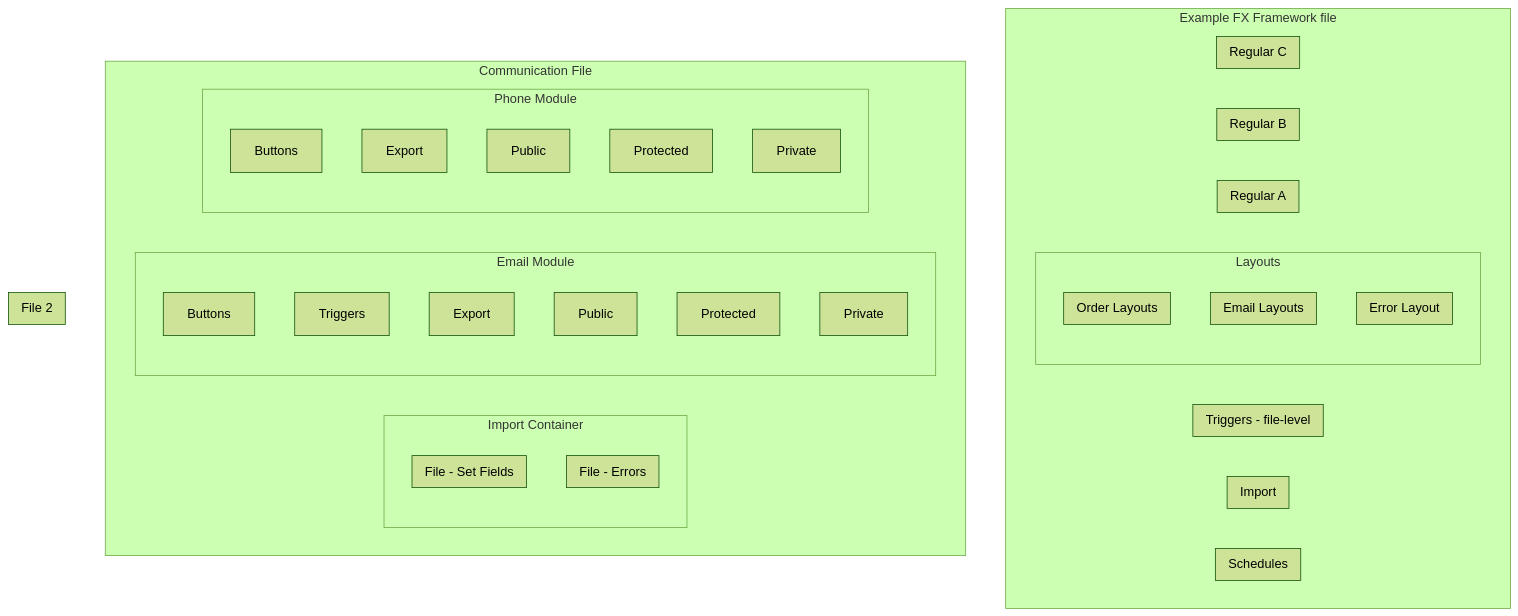
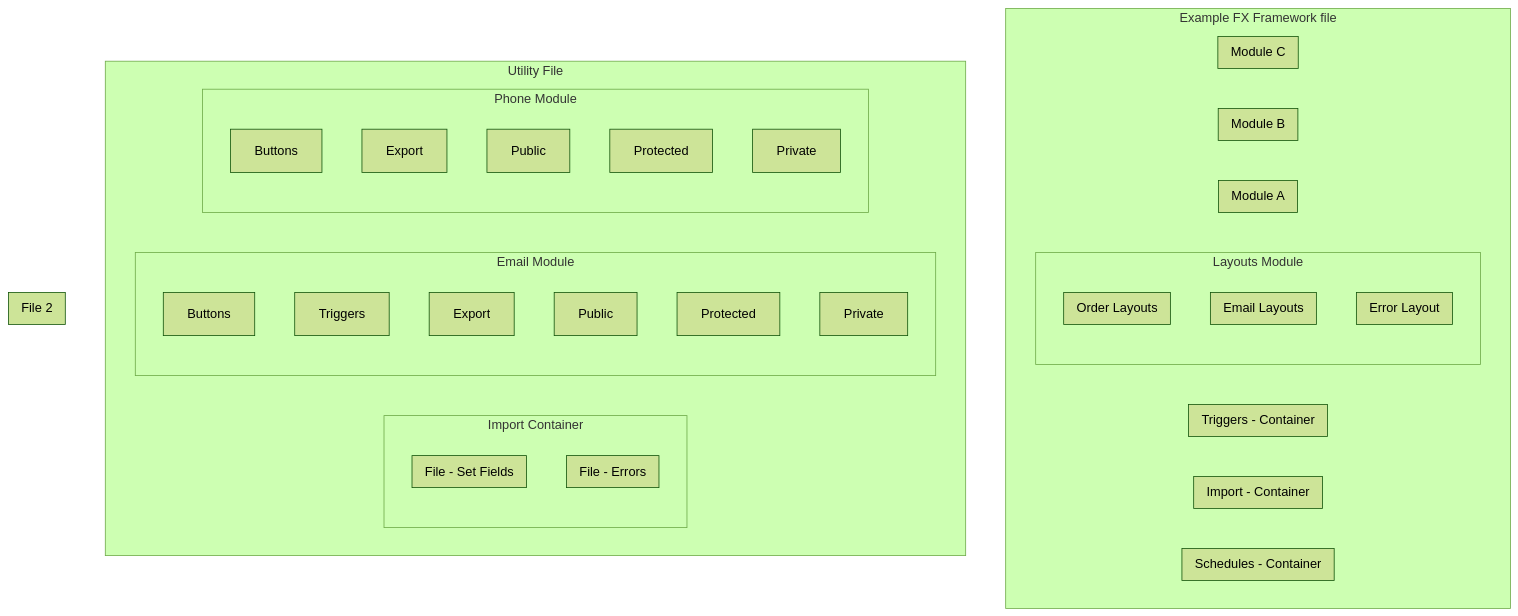
One commit to CloudChi/FX-Framework changed the diagram in FX Framework chart.md. Above: the diagram before and after it, drawn with Mermaid (forest theme).

Commit message:
Update FX Framework chart.md

````diff
--- a/FX Framework chart.md
+++ b/FX Framework chart.md
@@ -3,52 +3,52 @@
 ```mermaid
 flowchart TB
   subgraph Example FX Framework file
-  subgraph Schedules
+  subgraph Schedules - Container
   end
-  subgraph Import
+  subgraph Import - Container
   end
-  subgraph Triggers - file-level
+  subgraph Triggers - Container
   end  
-  subgraph Layouts
+  subgraph Layouts Module
   subgraph Error Layout
   end
   subgraph Email Layouts
   end
   subgraph Order Layouts
   end
   end
-  subgraph Regular A
+  subgraph Module A
   end
-  subgraph Regular B
+  subgraph Module B
   end
-  subgraph Regular C
+  subgraph Module C
   end
   end
-  subgraph Communication File
+  subgraph Utility File
   subgraph Import Container
   direction TB
   subgraph File - Errors
   end
   subgraph File - Set Fields
   end
   end
   subgraph Email Module
   direction TB
   A[Buttons]
   B[Triggers]
   C[Export]
   D[Public]
   E[Protected]
   F[Private]
   end
   subgraph Phone Module
   G[Buttons]
   H[Export]
   I[Public]
   J[Protected]
   K[Private]
   end
   end
   subgraph File 2
   end
 ```
````
